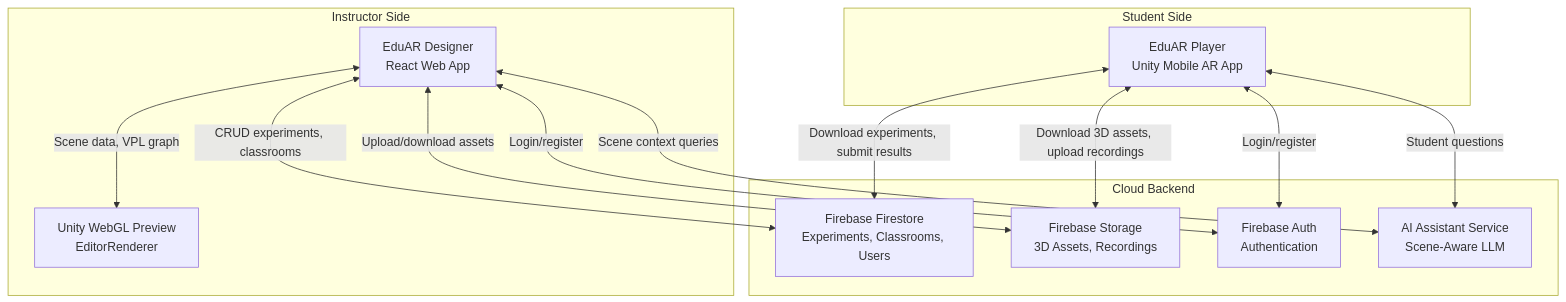
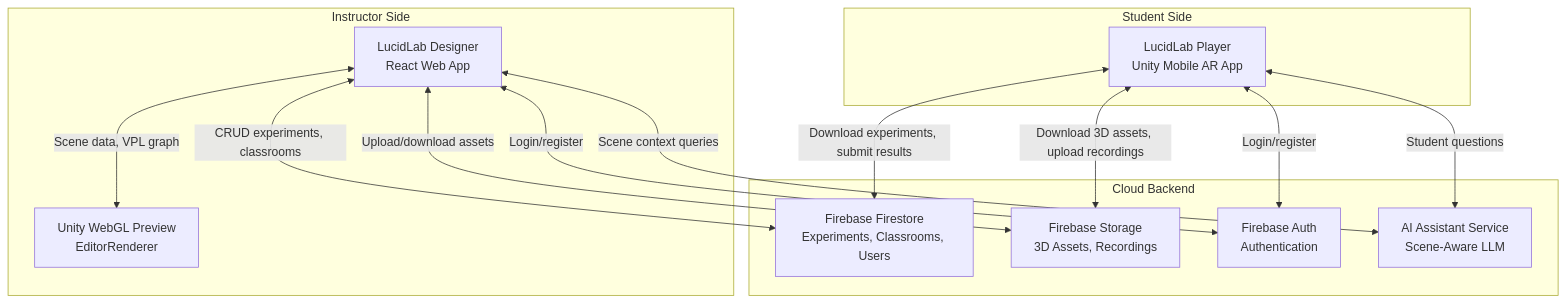
The first of 3 diagrams in docs/01-system-architecture.md (abdullahiftikhar0/LucidLab), drawn with Mermaid before and after one commit. The commit also changed other lines of this file and 30 other files, not shown here.

````diff
--- a/docs/01-system-architecture.md
+++ b/docs/01-system-architecture.md
@@ -19,29 +19,29 @@
 ```mermaid
 graph TB
     subgraph "Instructor Side"
-        D[EduAR Designer<br/>React Web App]
+        D[LucidLab Designer<br/>React Web App]
         WGL[Unity WebGL Preview<br/>EditorRenderer]
     end
 
     subgraph "Cloud Backend"
         FS[Firebase Firestore<br/>Experiments, Classrooms, Users]
         FST[Firebase Storage<br/>3D Assets, Recordings]
         AUTH[Firebase Auth<br/>Authentication]
         AI[AI Assistant Service<br/>Scene-Aware LLM]
     end
 
     subgraph "Student Side"
-        P[EduAR Player<br/>Unity Mobile AR App]
+        P[LucidLab Player<br/>Unity Mobile AR App]
     end
 
     D <-->|Scene data, VPL graph| WGL
     D <-->|CRUD experiments, classrooms| FS
     D <-->|Upload/download assets| FST
     D <-->|Login/register| AUTH
     D <-->|Scene context queries| AI
 
     P <-->|Download experiments, submit results| FS
     P <-->|Download 3D assets, upload recordings| FST
     P <-->|Login/register| AUTH
     P <-->|Student questions| AI
 ```
````
